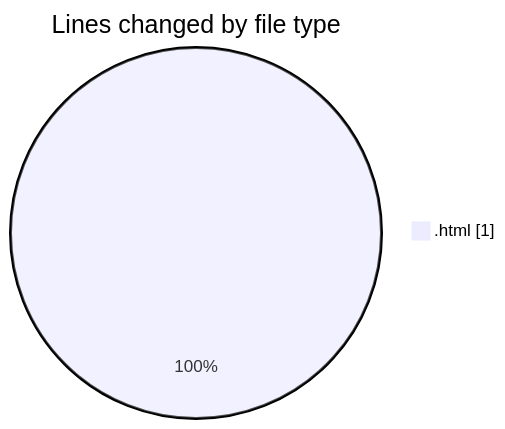
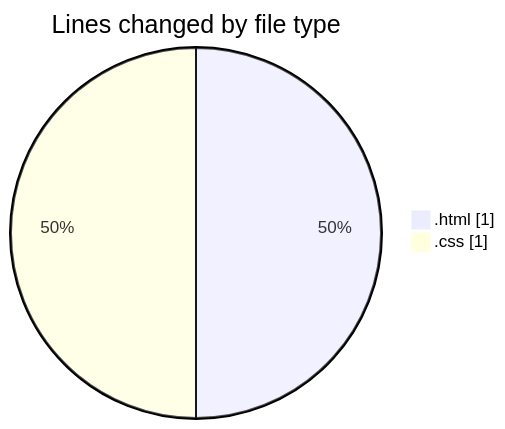
The first of 2 diagrams in 2025-09-02/hand_mate/README.md (IJAZ3593/code-tracking), drawn with Mermaid before and after one commit. The commit also changed other lines of this file and 1 other file, not shown here.

````diff
--- a/2025-09-02/hand_mate/README.md
+++ b/2025-09-02/hand_mate/README.md
@@ -20,5 +21,6 @@
 ```mermaid
 pie showData
 title Lines changed by file type
 ".html" : 1
+".css" : 1
 ```
````
